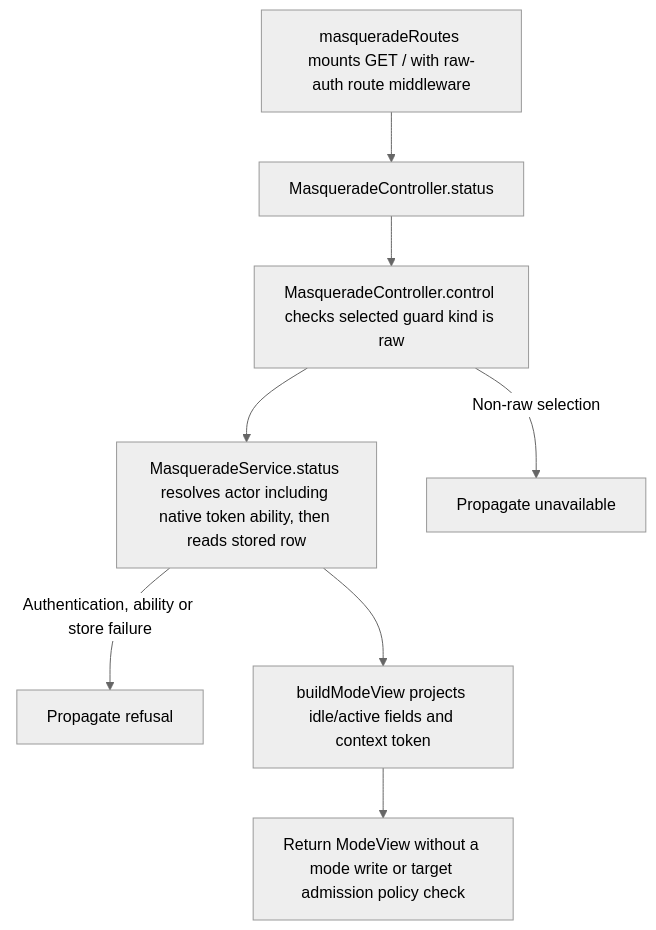
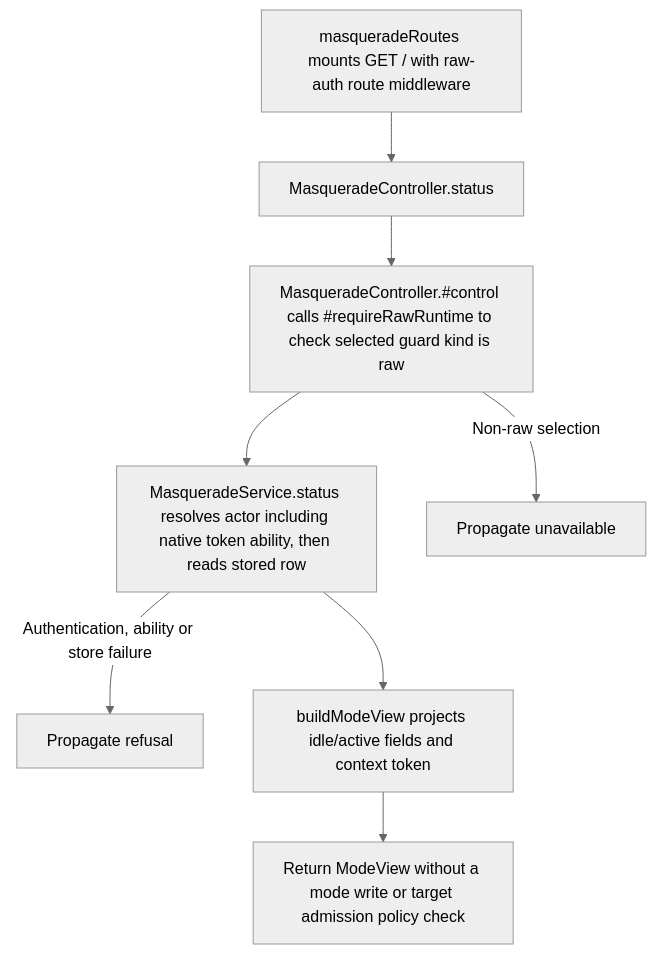
Before and after one commit to Kevinjohn/oss-adonisjs-masquerade: the second of 2 diagrams in user-stories/start-stop-mode/us-actor-06-read-mode-status.md, drawn with Mermaid (neutral theme). The commit also changed 15 other files, not shown here.

````diff
--- a/user-stories/start-stop-mode/us-actor-06-read-mode-status.md
+++ b/user-stories/start-stop-mode/us-actor-06-read-mode-status.md
@@ -33,10 +33,10 @@
 ```mermaid
 flowchart TD
  A["masqueradeRoutes mounts GET / with raw-auth route middleware"] --> B["MasqueradeController.status"]
- B --> C["MasqueradeController.control checks selected guard kind is raw"]
+ B --> C["MasqueradeController.#control calls #requireRawRuntime to check selected guard kind is raw"]
  C --> D["MasqueradeService.status resolves actor including native token ability, then reads stored row"]
  C -->|Non-raw selection| X["Propagate unavailable"]
  D -->|Authentication, ability or store failure| Y["Propagate refusal"]
  D --> E["buildModeView projects idle/active fields and context token"]
  E --> F["Return ModeView without a mode write or target admission policy check"]
 ```
````
